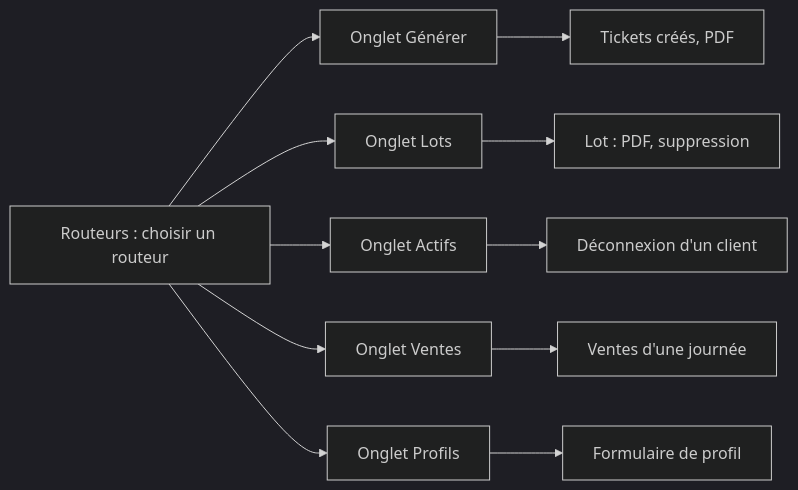
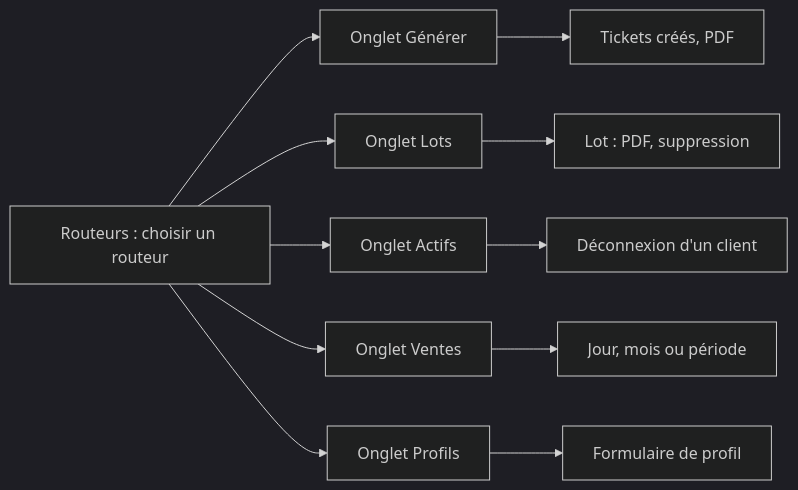
One commit to chadracklonde/mtandao-ticket-app changed the second of 2 diagrams in docs/cahier-des-charges.md. Above: the diagram before and after it, drawn with Mermaid (dark theme). The commit also changed other lines of this file, not shown here.

First line of the commit message:
Cahier des charges : rapports du jour, du mois ou d'une période

````diff
--- a/docs/cahier-des-charges.md
+++ b/docs/cahier-des-charges.md
@@ -131,8 +131,8 @@
 ```mermaid
 flowchart LR
   R["Routeurs : choisir un routeur"] --> G["Onglet Générer"] --> G2["Tickets créés, PDF"]
   R --> L["Onglet Lots"] --> L2["Lot : PDF, suppression"]
   R --> A["Onglet Actifs"] --> A2["Déconnexion d'un client"]
-  R --> V["Onglet Ventes"] --> V2["Ventes d'une journée"]
+  R --> V["Onglet Ventes"] --> V2["Jour, mois ou période"]
   R --> P["Onglet Profils"] --> P2["Formulaire de profil"]
 ```
````
